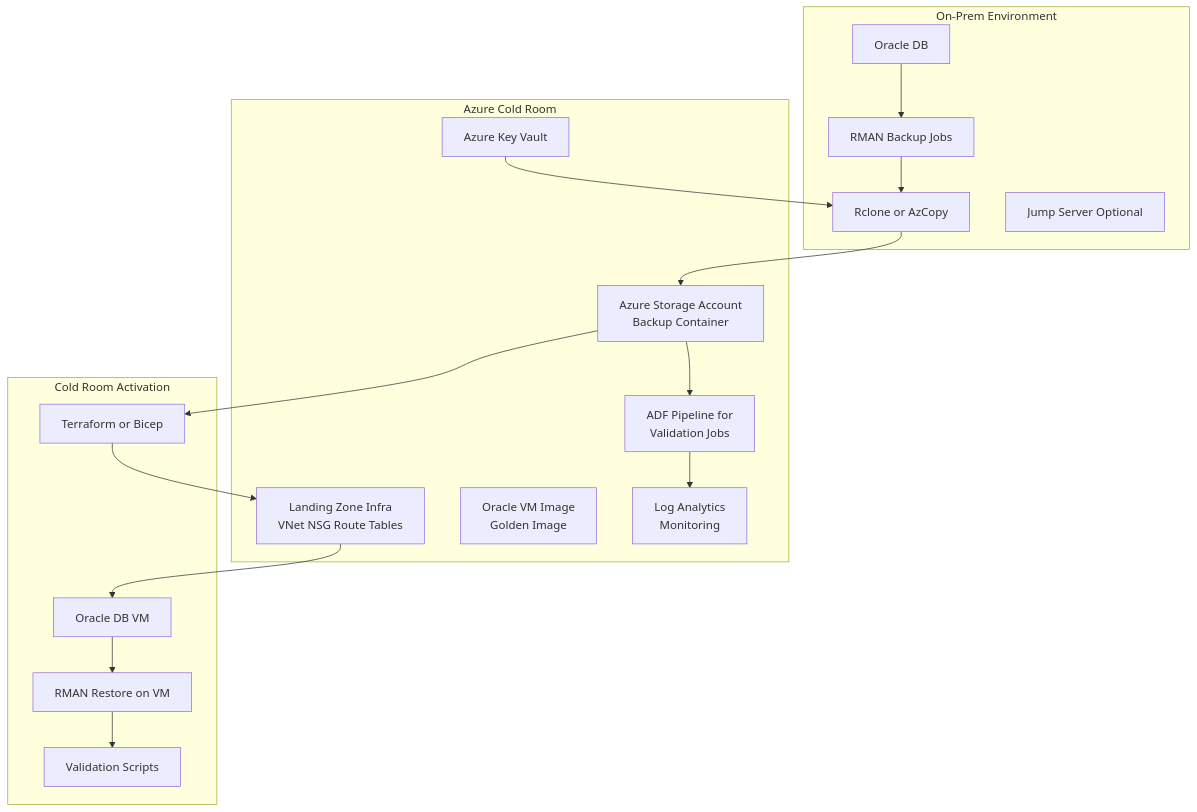
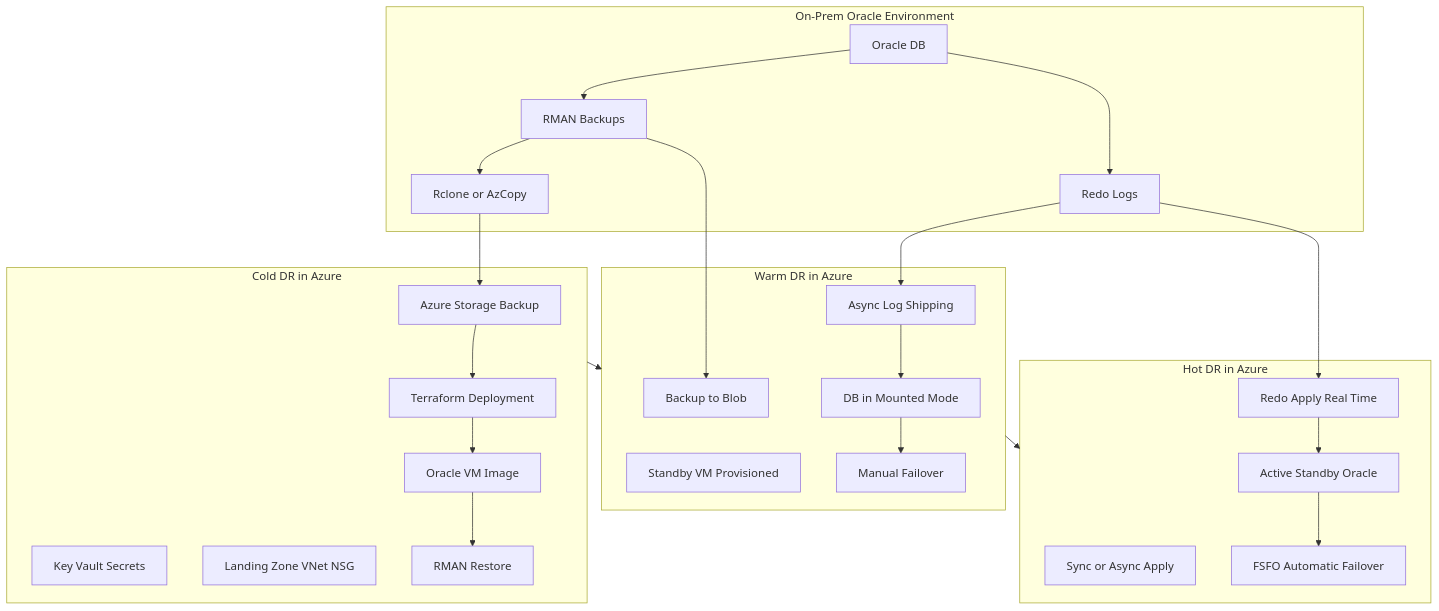
Before and after one commit to midwilshire/cold-room: the diagram in cwh.md, drawn with Mermaid. The commit also changed other lines of this file, not shown here.

Commit message:
Update DR environment diagrams in cwh.md
Refactor mermaid diagrams for DR environments in cwh.md.

````diff
--- a/cwh.md
+++ b/cwh.md
@@ -2,36 +2,65 @@
 ```mermaid
 flowchart TB
 
-    subgraph OnPrem["On-Prem Environment"]
-        DB[Oracle DB]
-        RMAN[RMAN Backup Jobs]
-        RCLONE[Rclone or AzCopy]
-        GWS[Jump Server Optional]
-    end
+%% =======================
+%% ON-PREM COMMON
+%% =======================
+subgraph OnPrem["On-Prem Oracle Environment"]
+    OPDB[Oracle DB]
+    OPRMAN[RMAN Backups]
+    OPRCLONE[Rclone or AzCopy]
+    OPREDO[Redo Logs]
+end
 
-    DB --> RMAN --> RCLONE
+OPDB --> OPRMAN
+OPDB --> OPREDO
 
-    subgraph AzureLanding["Azure Cold Room"]
-        SA[Azure Storage Account\nBackup Container]
-        KV[Azure Key Vault]
-        ELZ[Landing Zone Infra\nVNet NSG Route Tables]
-        VMIMG[Oracle VM Image\nGolden Image]
-        ADF[ADF Pipeline for\nValidation Jobs]
-        LOG[Log Analytics\nMonitoring]
-    end
+%% =======================
+%% COLD DR
+%% =======================
+subgraph COLD["Cold DR in Azure"]
+    C1[Azure Storage Backup]
+    C2[Key Vault Secrets]
+    C3[Landing Zone VNet NSG]
+    C4[Oracle VM Image]
+    C5[Terraform Deployment]
+    C6[RMAN Restore]
+end
 
-    RCLONE --> SA
-    KV --> RCLONE
-    SA --> ADF --> LOG
+OPRMAN --> OPRCLONE --> C1
+C1 --> C5 --> C4 --> C6
 
-    subgraph ColdRoomActivation["Cold Room Activation"]
-        TERRAFORM[Terraform or Bicep]
-        ORAVM[Oracle DB VM]
-        RESTORE[RMAN Restore on VM]
-        TEST[Validation Scripts]
-    end
+%% =======================
+%% WARM DR
+%% =======================
+subgraph WARM["Warm DR in Azure"]
+    W1[Backup to Blob]
+    W2[Async Log Shipping]
+    W3[Standby VM Provisioned]
+    W4[DB in Mounted Mode]
+    W5[Manual Failover]
+end
 
-    SA --> TERRAFORM
-    TERRAFORM --> ELZ --> ORAVM
-    ORAVM --> RESTORE --> TEST
+OPRMAN --> W1
+OPREDO --> W2
+W2 --> W4
+W4 --> W5
+
+%% =======================
+%% HOT DR
+%% =======================
+subgraph HOT["Hot DR in Azure"]
+    H1[Active Standby Oracle]
+    H2[Redo Apply Real Time]
+    H3[Sync or Async Apply]
+    H4[FSFO Automatic Failover]
+end
+
+OPREDO --> H2 --> H1
+H1 --> H4
+
+%% =======================
+%% VISUAL FLOW ORDER
+%% =======================
+COLD --> WARM --> HOT
 ```
````
